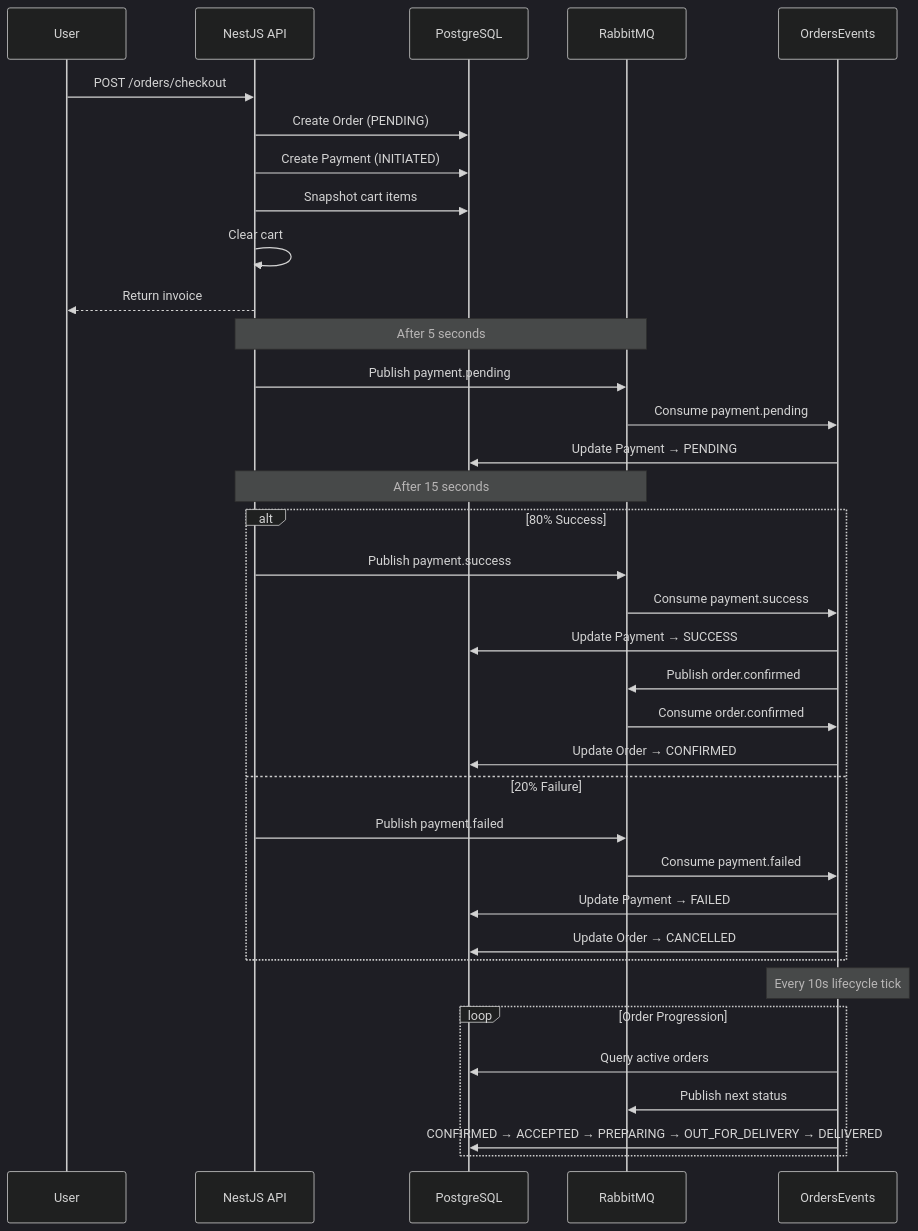
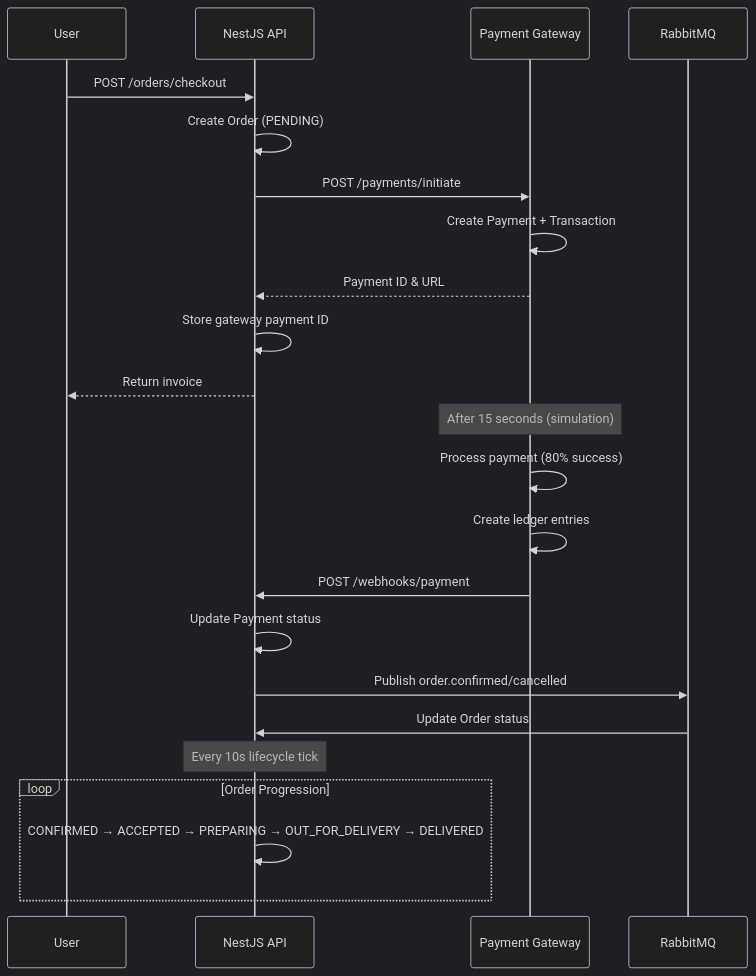
Before and after one commit to ayushambatkar/NomNom--Crave.Click.Devour.: the second of 3 diagrams in README.md, drawn with Mermaid (dark theme). The commit also changed other lines of this file and 12 other files, not shown here.

Commit message:
Integrate payment gateway with api and update readme

````diff
--- a/README.md
+++ b/README.md
@@ -69,42 +95,28 @@
 ```mermaid
 sequenceDiagram
     participant U as User
     participant API as NestJS API
-    participant DB as PostgreSQL
+    participant PG as Payment Gateway
     participant MQ as RabbitMQ
-    participant EVT as OrdersEvents
 
     U->>API: POST /orders/checkout
-    API->>DB: Create Order (PENDING)
-    API->>DB: Create Payment (INITIATED)
-    API->>DB: Snapshot cart items
-    API->>API: Clear cart
+    API->>API: Create Order (PENDING)
+    API->>PG: POST /payments/initiate
+    PG->>PG: Create Payment + Transaction
+    PG-->>API: Payment ID & URL
+    API->>API: Store gateway payment ID
     API-->>U: Return invoice
 
-    Note over API,MQ: After 5 seconds
-    API->>MQ: Publish payment.pending
-    MQ->>EVT: Consume payment.pending
-    EVT->>DB: Update Payment → PENDING
+    Note over PG: After 15 seconds (simulation)
+    PG->>PG: Process payment (80% success)
+    PG->>PG: Create ledger entries
+    PG->>API: POST /webhooks/payment
+    API->>API: Update Payment status
+    API->>MQ: Publish order.confirmed/cancelled
+    MQ->>API: Update Order status
 
-    Note over API,MQ: After 15 seconds
-    alt 80% Success
-        API->>MQ: Publish payment.success
-        MQ->>EVT: Consume payment.success
-        EVT->>DB: Update Payment → SUCCESS
-        EVT->>MQ: Publish order.confirmed
-        MQ->>EVT: Consume order.confirmed
-        EVT->>DB: Update Order → CONFIRMED
-    else 20% Failure
-        API->>MQ: Publish payment.failed
-        MQ->>EVT: Consume payment.failed
-        EVT->>DB: Update Payment → FAILED
-        EVT->>DB: Update Order → CANCELLED
-    end
-
-    Note over EVT: Every 10s lifecycle tick
+    Note over API: Every 10s lifecycle tick
     loop Order Progression
-        EVT->>DB: Query active orders
-        EVT->>MQ: Publish next status
-        EVT->>DB: CONFIRMED → ACCEPTED → PREPARING → OUT_FOR_DELIVERY → DELIVERED
+        API->>API: CONFIRMED → ACCEPTED → PREPARING → OUT_FOR_DELIVERY → DELIVERED
     end
 ```
````
